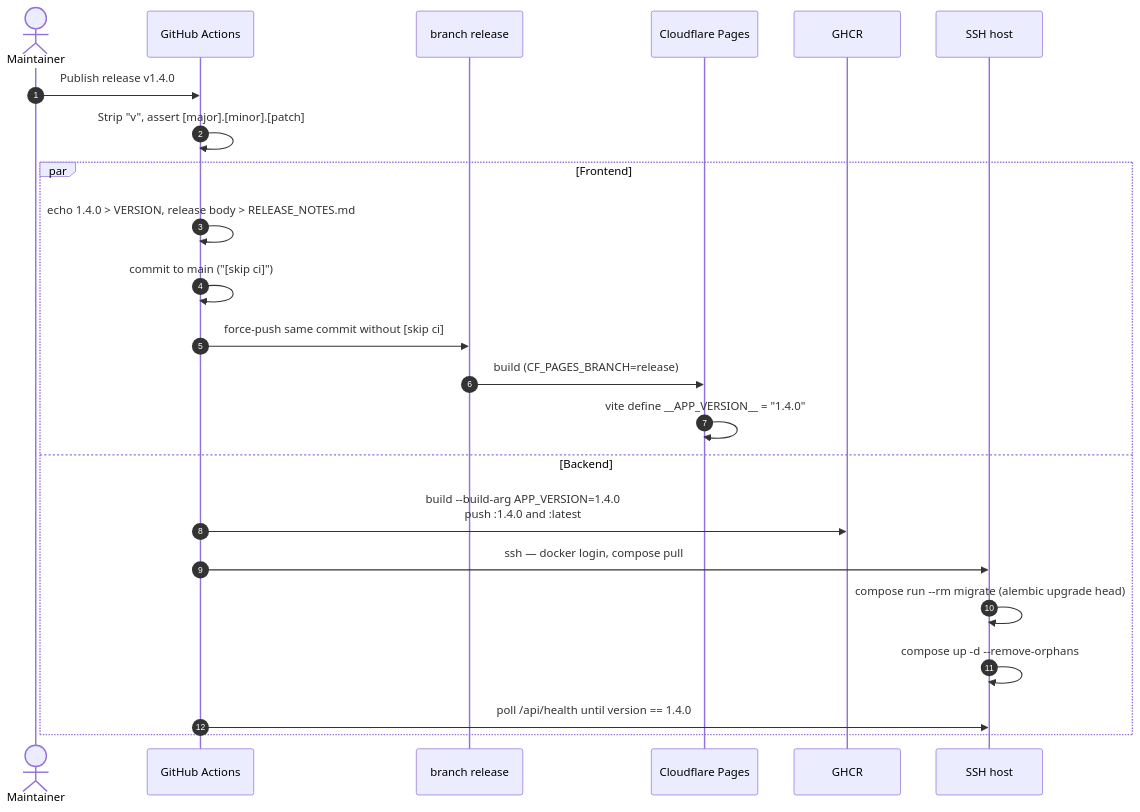
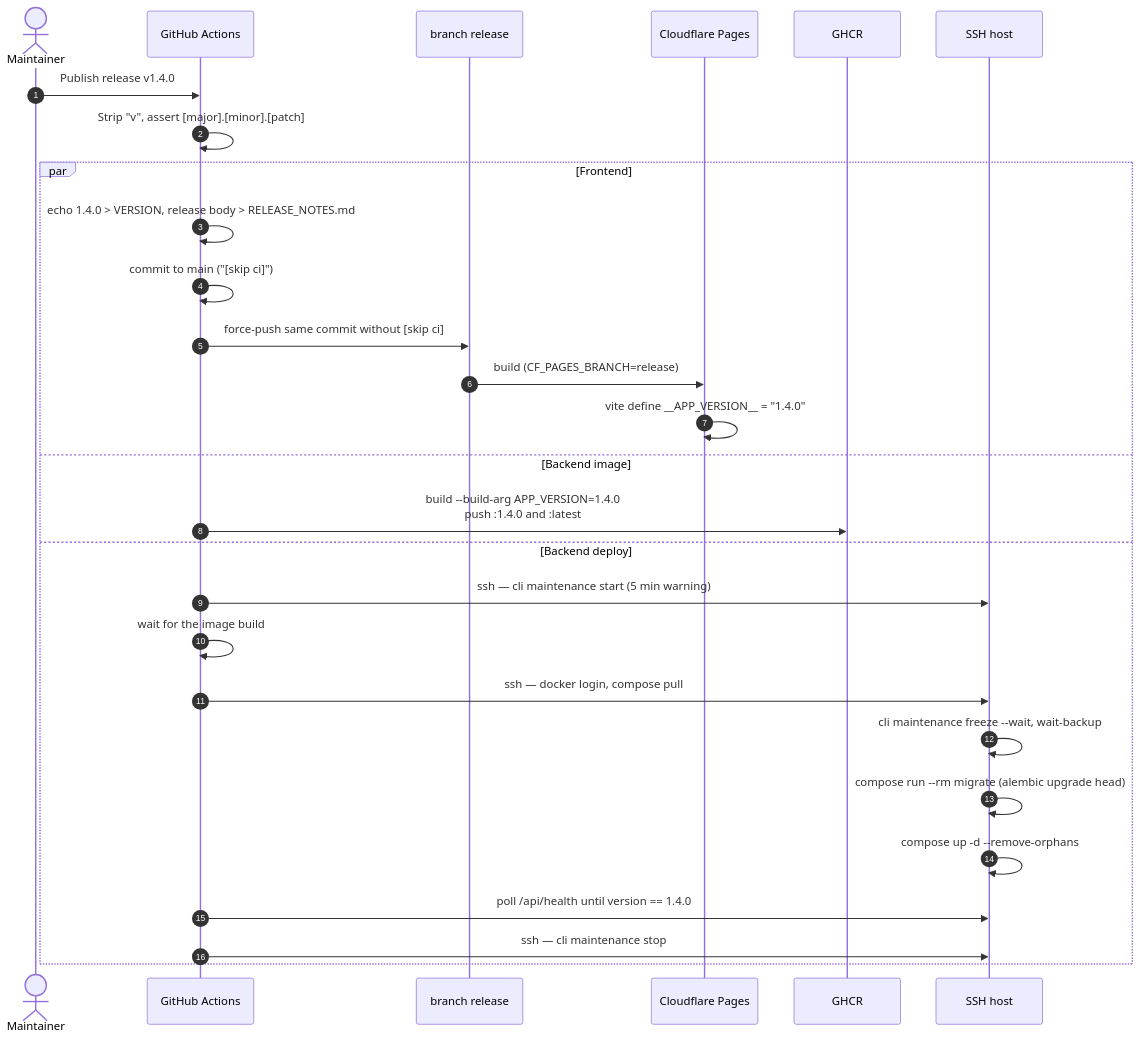
Before and after one commit to ValentinHerrmann/Examance: the third of 5 diagrams in docs/deployment.md, drawn with Mermaid. The commit also changed other lines of this file and 54 other files, not shown here.

````diff
--- a/docs/deployment.md
+++ b/docs/deployment.md
@@ -103,26 +103,31 @@
 ```mermaid
 sequenceDiagram
     autonumber
     actor M as Maintainer
     participant GA as GitHub Actions
     participant R as branch release
     participant CF as Cloudflare Pages
     participant GR as GHCR
     participant S as SSH host
 
     M->>GA: Publish release v1.4.0
     GA->>GA: Strip "v", assert [major].[minor].[patch]
     par Frontend
         GA->>GA: echo 1.4.0 > VERSION, release body > RELEASE_NOTES.md
         GA->>GA: commit to main ("[skip ci]")
         GA->>R: force-push same commit without [skip ci]
         R->>CF: build (CF_PAGES_BRANCH=release)
         CF->>CF: vite define __APP_VERSION__ = "1.4.0"
-    and Backend
+    and Backend image
         GA->>GR: build --build-arg APP_VERSION=1.4.0<br/>push :1.4.0 and :latest
+    and Backend deploy
+        GA->>S: ssh — cli maintenance start (5 min warning)
+        GA->>GA: wait for the image build
         GA->>S: ssh — docker login, compose pull
+        S->>S: cli maintenance freeze --wait, wait-backup
         S->>S: compose run --rm migrate (alembic upgrade head)
         S->>S: compose up -d --remove-orphans
         GA->>S: poll /api/health until version == 1.4.0
+        GA->>S: ssh — cli maintenance stop
     end
 ```
````
